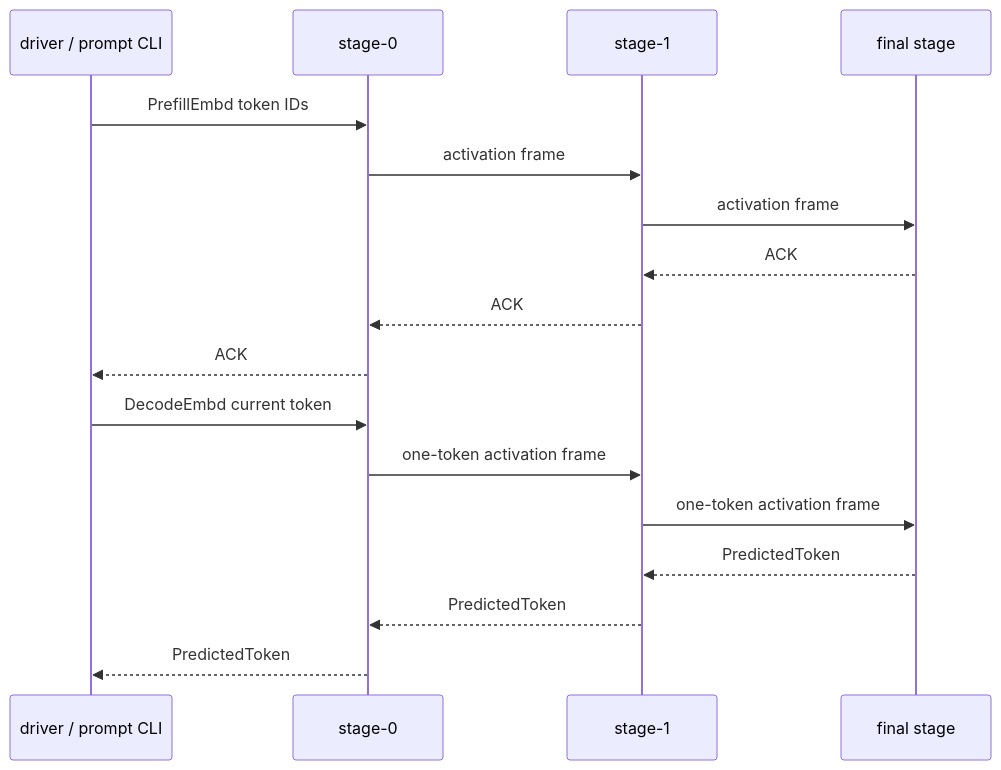
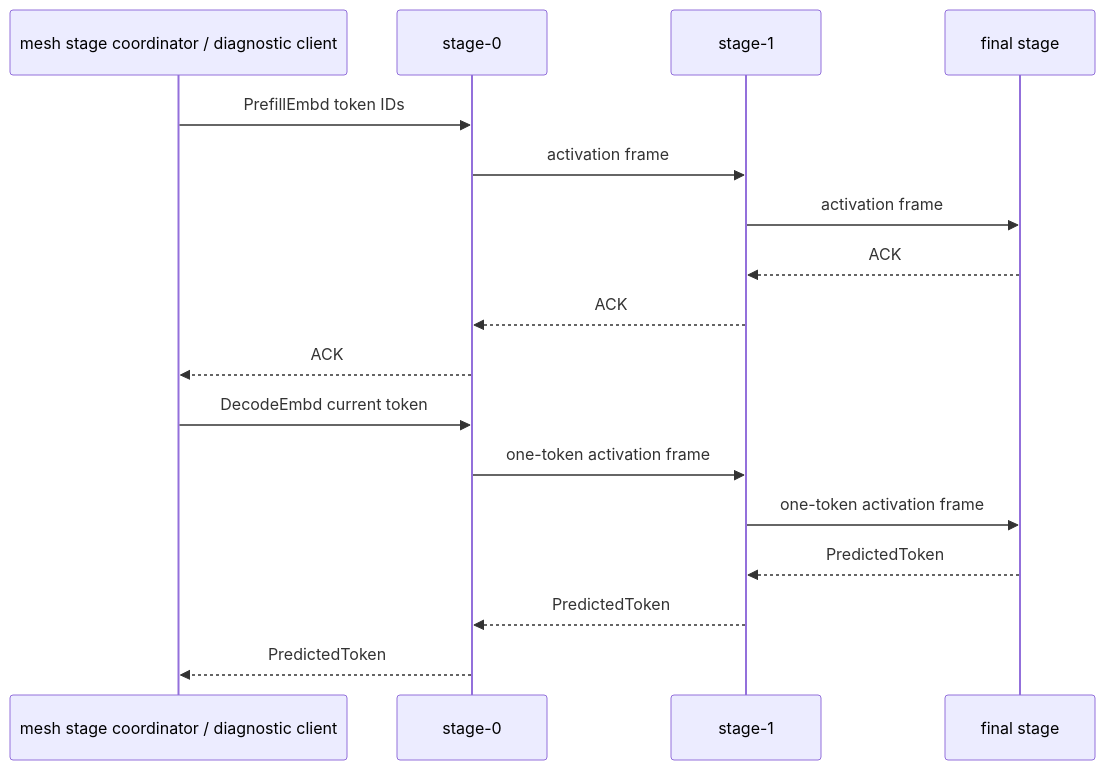
Before and after one commit to michaelneale/mesh-llm: the diagram in crates/skippy-protocol/README.md, drawn with Mermaid. The commit also changed other lines of this file and 16 other files, not shown here.

Commit message:
Refactor documentation across crates for mesh-driven architecture, OpenAI API integration, and staged runtime updates.

````diff
--- a/crates/skippy-protocol/README.md
+++ b/crates/skippy-protocol/README.md
@@ -14,21 +15,21 @@
 ```mermaid
 sequenceDiagram
-    participant D as driver / prompt CLI
+    participant D as mesh stage coordinator / diagnostic client
     participant S0 as stage-0
     participant S1 as stage-1
     participant SF as final stage
 
     D->>S0: PrefillEmbd token IDs
     S0->>S1: activation frame
     S1->>SF: activation frame
     SF-->>S1: ACK
     S1-->>S0: ACK
     S0-->>D: ACK
 
     D->>S0: DecodeEmbd current token
     S0->>S1: one-token activation frame
     S1->>SF: one-token activation frame
     SF-->>S1: PredictedToken
     S1-->>S0: PredictedToken
     S0-->>D: PredictedToken
 ```
````
